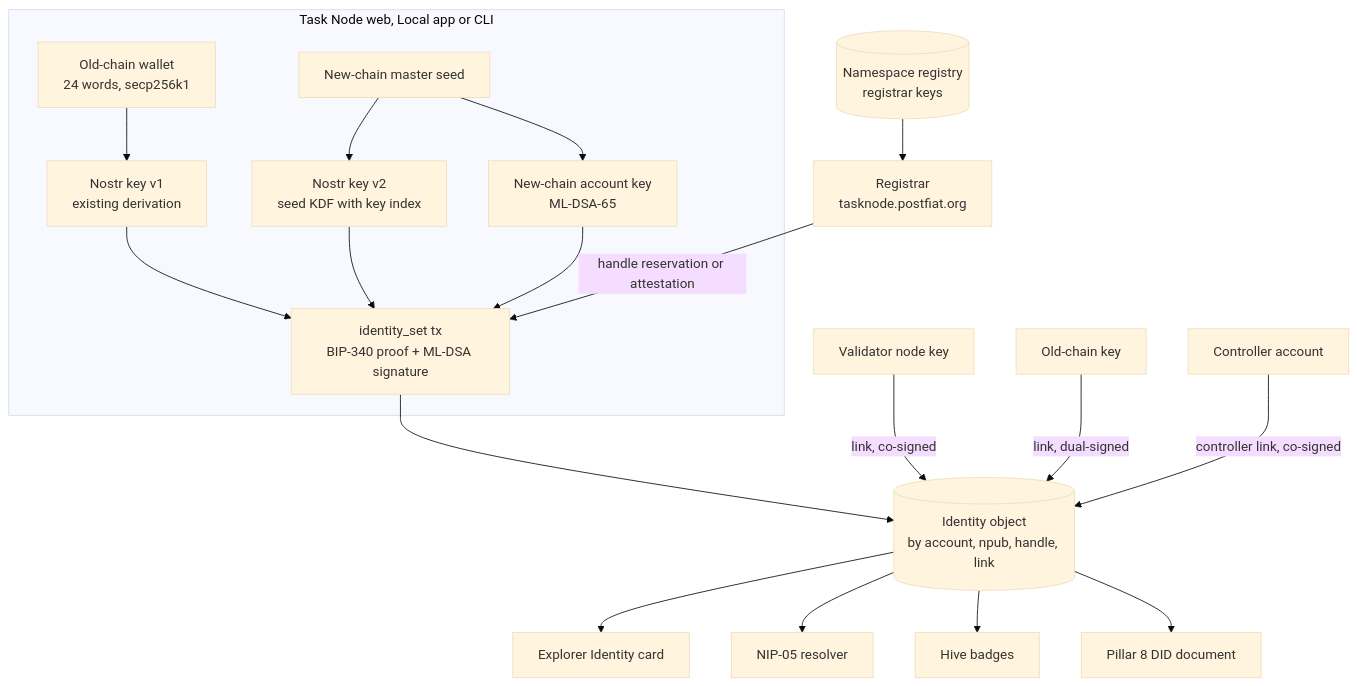
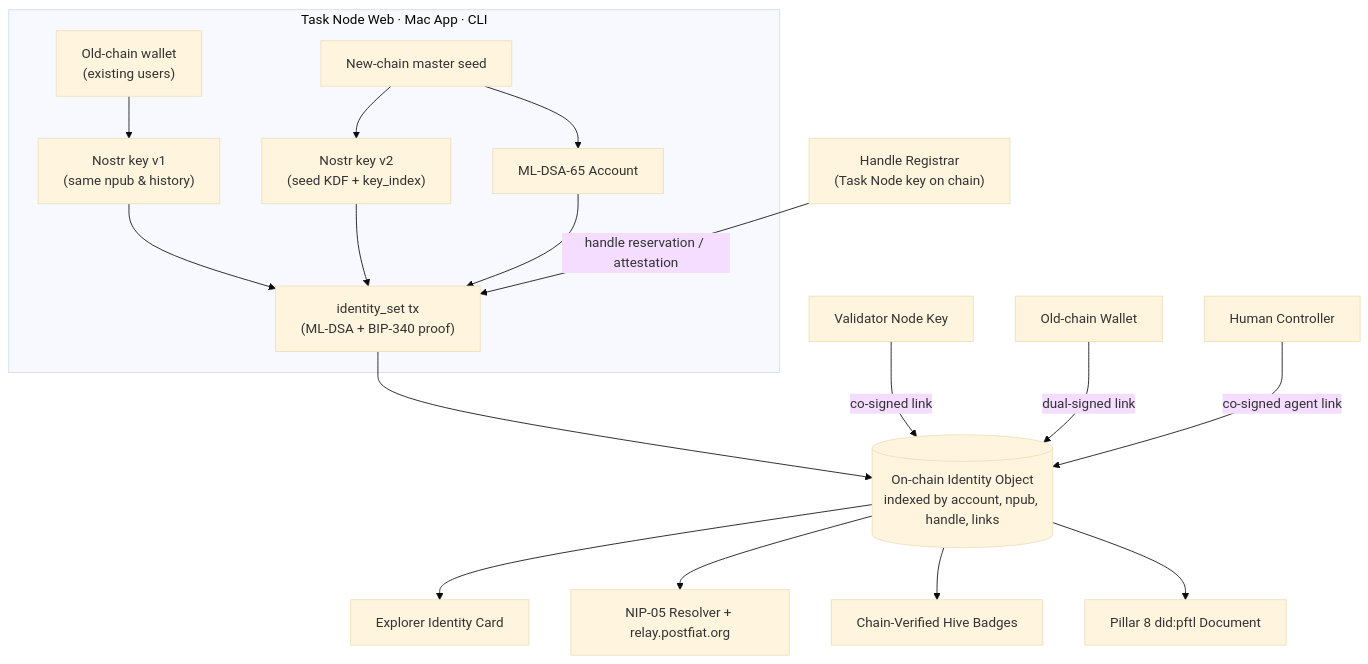
The diagram in big_milestone/pillars/06-hive-identity.md (postfiatorg/postfiatl1v2), drawn with Mermaid (base theme) before and after one commit. The commit also changed other lines of this file and 45 other files, not shown here.

````diff
--- a/big_milestone/pillars/06-hive-identity.md
+++ b/big_milestone/pillars/06-hive-identity.md
@@ -50,21 +21,20 @@
 ```mermaid
 flowchart TB
-    subgraph C ["Task Node web, Local app or CLI"]
-      OLD["Old-chain wallet<br/>24 words, secp256k1"] --> V1["Nostr key v1<br/>existing derivation"]
-      SEED["New-chain master seed"] --> ACC["New-chain account key<br/>ML-DSA-65"]
-      SEED --> V2["Nostr key v2<br/>seed KDF with key index"]
-      V1 --> TX["identity_set tx<br/>BIP-340 proof + ML-DSA signature"]
+    subgraph Client["Task Node Web · Mac App · CLI"]
+      OLD["Old-chain wallet<br/>(existing users)"] --> V1["Nostr key v1<br/>(same npub & history)"]
+      SEED["New-chain master seed"] --> ACC["ML-DSA-65 Account"]
+      SEED --> V2["Nostr key v2<br/>(seed KDF + key_index)"]
+      V1 --> TX["identity_set tx<br/>(ML-DSA + BIP-340 proof)"]
       V2 --> TX
       ACC --> TX
     end
-    NR[("Namespace registry<br/>registrar keys")] --> REG["Registrar<br/>tasknode.postfiat.org"]
-    REG -- "handle reservation or attestation" --> TX
-    TX --> L[("Identity object<br/>by account, npub, handle, link")]
-    VAL["Validator node key"] -- "link, co-signed" --> L
-    OC["Old-chain key"] -- "link, dual-signed" --> L
-    CTRL["Controller account"] -- "controller link, co-signed" --> L
-    L --> E["Explorer Identity card"]
-    L --> NIP["NIP-05 resolver"]
-    L --> HV["Hive badges"]
-    L --> P8["Pillar 8 DID document"]
+    REG["Handle Registrar<br/>(Task Node key on chain)"] -- "handle reservation / attestation" --> TX
+    TX --> OBJ[("On-chain Identity Object<br/>indexed by account, npub, handle, links")]
+    VAL["Validator Node Key"] -- "co-signed link" --> OBJ
+    OC["Old-chain Wallet"] -- "dual-signed link" --> OBJ
+    CTRL["Human Controller"] -- "co-signed agent link" --> OBJ
+    OBJ --> EX["Explorer Identity Card"]
+    OBJ --> NIP["NIP-05 Resolver + relay.postfiat.org"]
+    OBJ --> HV["Chain-Verified Hive Badges"]
+    OBJ --> P8["Pillar 8 did:pftl Document"]
 ```
````
